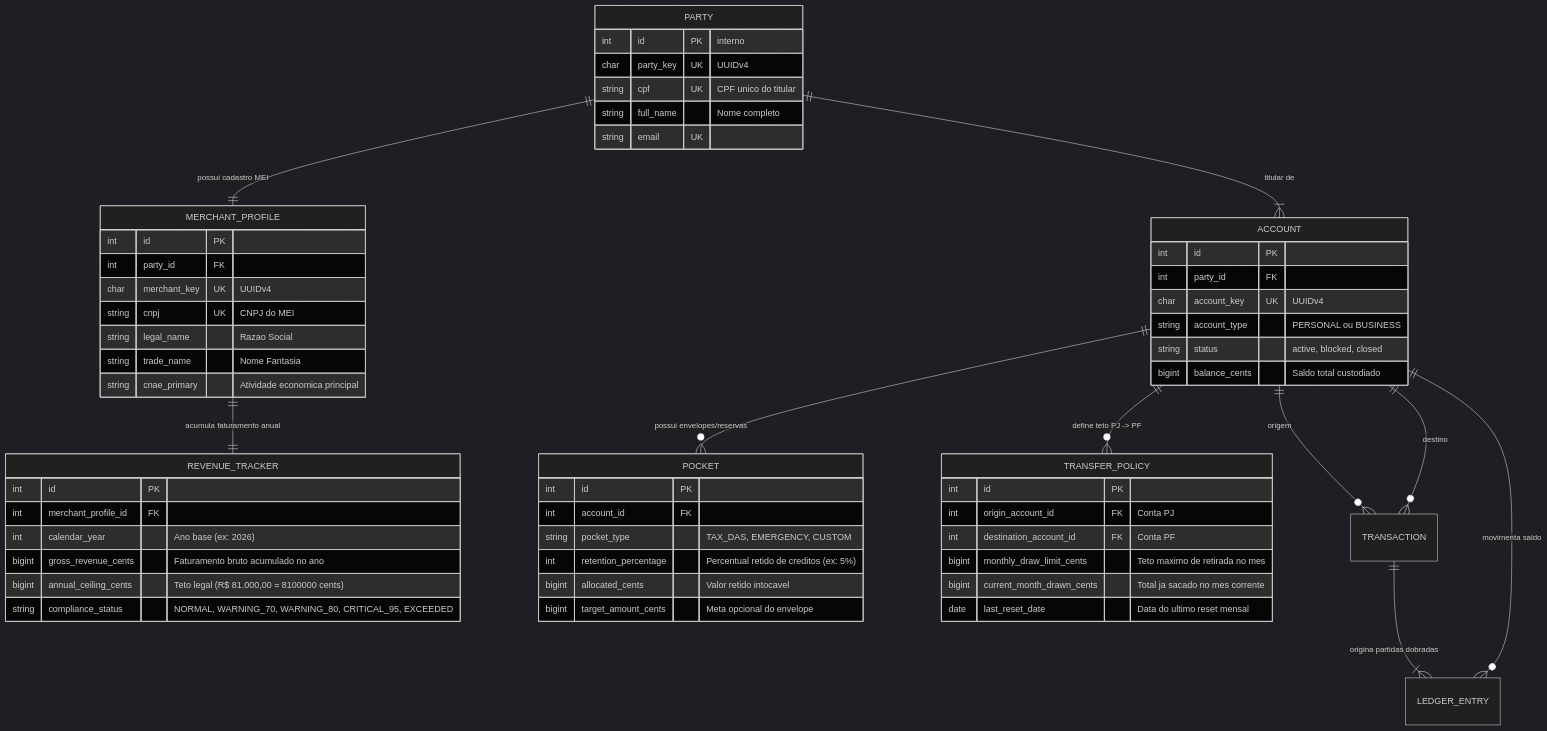
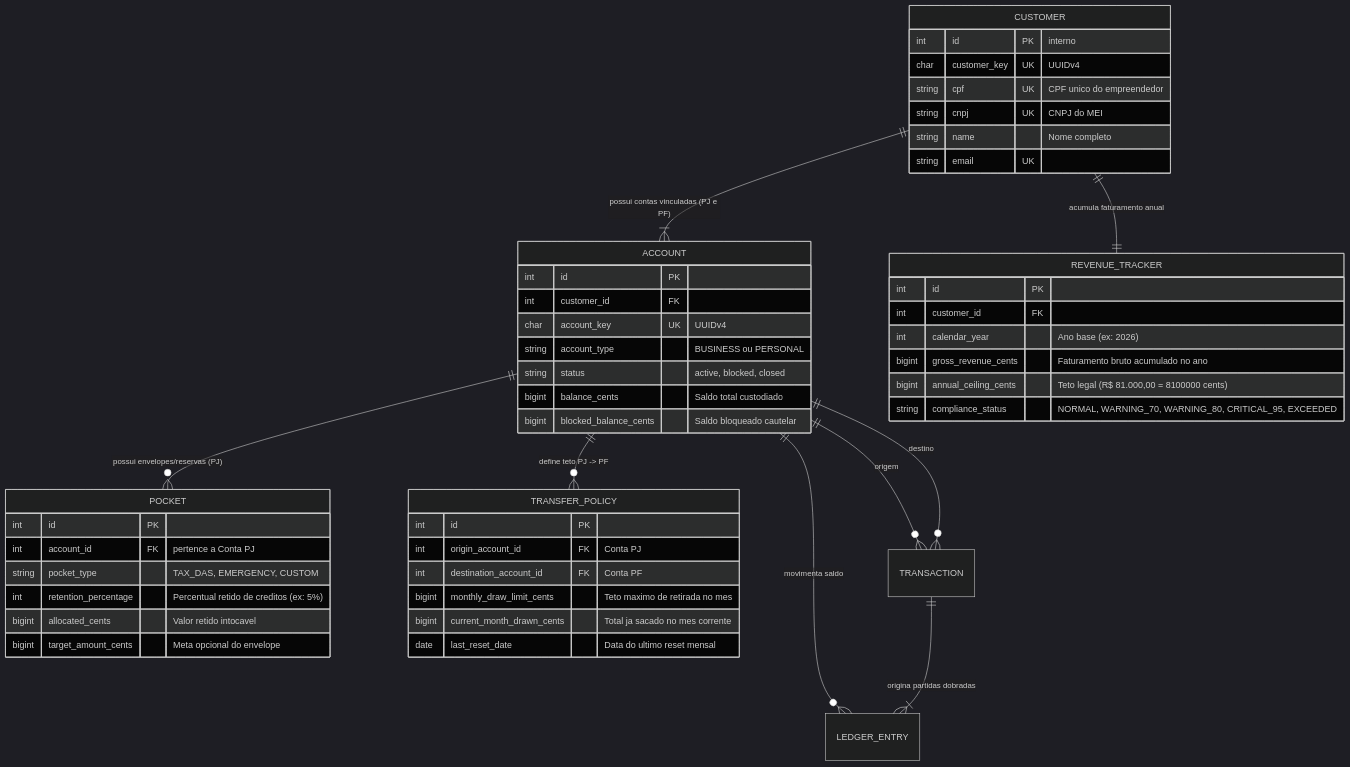
One commit to JPCalsavara/bootcamp-qitech-api changed the diagram in docs/rfc/rfc-mei-fluxo-caixa-separacao-patrimonial.md. Above: the diagram before and after it, drawn with Mermaid (dark theme). The commit also changed other lines of this file and 11 other files, not shown here.

````diff
--- a/docs/rfc/rfc-mei-fluxo-caixa-separacao-patrimonial.md
+++ b/docs/rfc/rfc-mei-fluxo-caixa-separacao-patrimonial.md
@@ -62,69 +62,59 @@
 ```mermaid
 erDiagram
-    PARTY ||--|| MERCHANT_PROFILE : "possui cadastro MEI"
-    PARTY ||--|{ ACCOUNT : "titular de"
+    CUSTOMER ||--|{ ACCOUNT : "possui contas vinculadas (PJ e PF)"
+    CUSTOMER ||--|| REVENUE_TRACKER : "acumula faturamento anual"
     
-    ACCOUNT ||--o{ POCKET : "possui envelopes/reservas"
+    ACCOUNT ||--o{ POCKET : "possui envelopes/reservas (PJ)"
     ACCOUNT ||--o{ TRANSFER_POLICY : "define teto PJ -> PF"
-    
-    MERCHANT_PROFILE ||--|| REVENUE_TRACKER : "acumula faturamento anual"
 
     ACCOUNT ||--o{ TRANSACTION : "origem"
     ACCOUNT ||--o{ TRANSACTION : "destino"
     ACCOUNT ||--o{ LEDGER_ENTRY : "movimenta saldo"
     TRANSACTION ||--|{ LEDGER_ENTRY : "origina partidas dobradas"
 
-    PARTY {
+    CUSTOMER {
         int id PK "interno"
-        char party_key UK "UUIDv4"
-        string cpf UK "CPF unico do titular"
-        string full_name "Nome completo"
+        char customer_key UK "UUIDv4"
+        string cpf UK "CPF unico do empreendedor"
+        string cnpj UK "CNPJ do MEI"
+        string name "Nome completo"
         string email UK
-    }
-
-    MERCHANT_PROFILE {
-        int id PK
-        int party_id FK
-        char merchant_key UK "UUIDv4"
-        string cnpj UK "CNPJ do MEI"
-        string legal_name "Razao Social"
-        string trade_name "Nome Fantasia"
-        string cnae_primary "Atividade economica principal"
     }
 
     ACCOUNT {
         int id PK
-        int party_id FK
+        int customer_id FK
         char account_key UK "UUIDv4"
-        string account_type "PERSONAL ou BUSINESS"
+        string account_type "BUSINESS ou PERSONAL"
         string status "active, blocked, closed"
         bigint balance_cents "Saldo total custodiado"
+        bigint blocked_balance_cents "Saldo bloqueado cautelar"
     }
 
     POCKET {
         int id PK
-        int account_id FK
+        int account_id FK "pertence a Conta PJ"
         string pocket_type "TAX_DAS, EMERGENCY, CUSTOM"
         int retention_percentage "Percentual retido de creditos (ex: 5%)"
         bigint allocated_cents "Valor retido intocavel"
         bigint target_amount_cents "Meta opcional do envelope"
     }
 
     TRANSFER_POLICY {
         int id PK
         int origin_account_id FK "Conta PJ"
         int destination_account_id FK "Conta PF"
         bigint monthly_draw_limit_cents "Teto maximo de retirada no mes"
         bigint current_month_drawn_cents "Total ja sacado no mes corrente"
         date last_reset_date "Data do ultimo reset mensal"
     }
 
     REVENUE_TRACKER {
         int id PK
-        int merchant_profile_id FK
+        int customer_id FK
         int calendar_year "Ano base (ex: 2026)"
         bigint gross_revenue_cents "Faturamento bruto acumulado no ano"
         bigint annual_ceiling_cents "Teto legal (R$ 81.000,00 = 8100000 cents)"
         string compliance_status "NORMAL, WARNING_70, WARNING_80, CRITICAL_95, EXCEEDED"
     }
 ```
````
